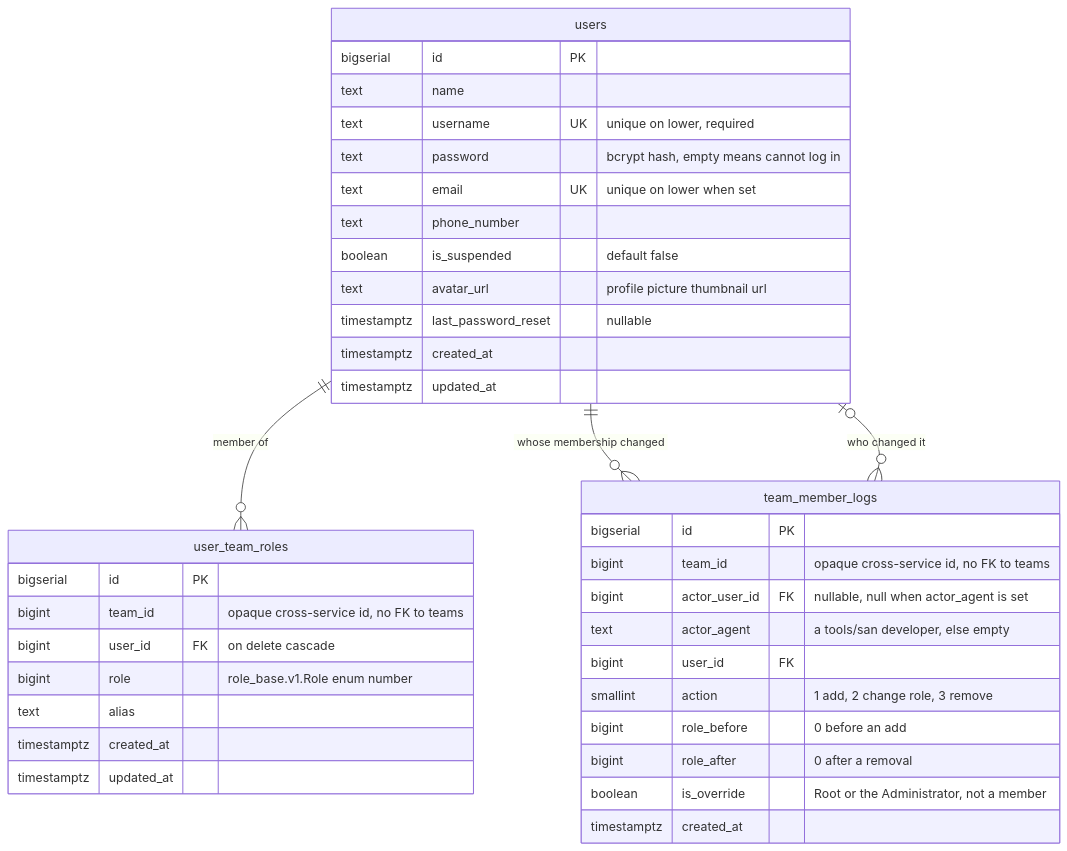
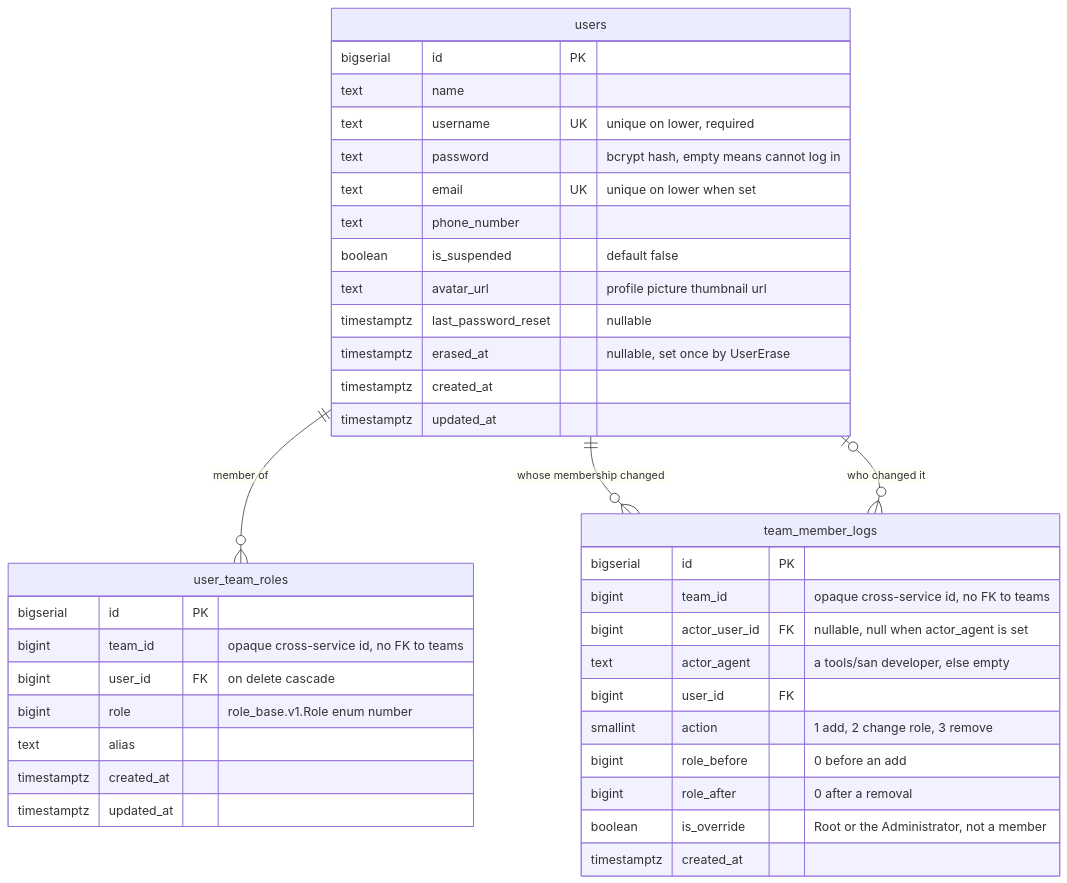
The second of 16 diagrams in docs/database-schema.md (pdcgo/warehouse_revamp), drawn with Mermaid before and after one commit. The commit also changed other lines of this file and 19 other files, not shown here.

First line of the commit message:
user: an erased account is final, and erased<digits> is reserved (Q30a, Q30b)

````diff
--- a/docs/database-schema.md
+++ b/docs/database-schema.md
@@ -102,43 +102,44 @@
 ```mermaid
 erDiagram
     users ||--o{ user_team_roles : "member of"
     users ||--o{ team_member_logs : "whose membership changed"
     users |o--o{ team_member_logs : "who changed it"
 
     users {
         bigserial   id                  PK
         text        name
         text        username            UK "unique on lower, required"
         text        password            "bcrypt hash, empty means cannot log in"
         text        email               UK "unique on lower when set"
         text        phone_number
         boolean     is_suspended        "default false"
         text        avatar_url          "profile picture thumbnail url"
         timestamptz last_password_reset "nullable"
+        timestamptz erased_at           "nullable, set once by UserErase"
         timestamptz created_at
         timestamptz updated_at
     }
 
     user_team_roles {
         bigserial   id         PK
         bigint      team_id    "opaque cross-service id, no FK to teams"
         bigint      user_id    FK "on delete cascade"
         bigint      role       "role_base.v1.Role enum number"
         text        alias
         timestamptz created_at
         timestamptz updated_at
     }
 
     team_member_logs {
         bigserial   id            PK
         bigint      team_id       "opaque cross-service id, no FK to teams"
         bigint      actor_user_id FK "nullable, null when actor_agent is set"
         text        actor_agent   "a tools/san developer, else empty"
         bigint      user_id       FK
         smallint    action        "1 add, 2 change role, 3 remove"
         bigint      role_before   "0 before an add"
         bigint      role_after    "0 after a removal"
         boolean     is_override   "Root or the Administrator, not a member"
         timestamptz created_at
     }
 ```
````
